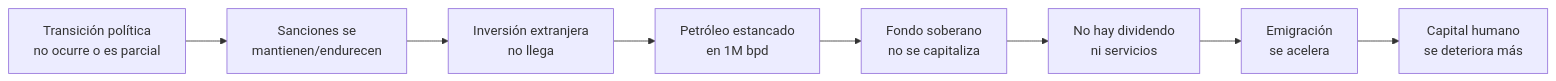
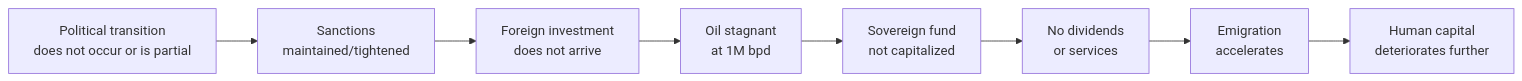
The second of 5 diagrams in i18n/en/docusaurus-plugin-content-docs/current/07-ejecucion/riesgos.md (Venezuela-S-A/venezuela-sa), drawn with Mermaid before and after one commit. The commit also changed other lines of this file and 127 other files, not shown here.

````diff
--- a/i18n/en/docusaurus-plugin-content-docs/current/07-ejecucion/riesgos.md
+++ b/i18n/en/docusaurus-plugin-content-docs/current/07-ejecucion/riesgos.md
@@ -139,10 +139,10 @@
 ```mermaid
 flowchart LR
-    A[Transición política<br>no ocurre o es parcial] --> B[Sanciones se<br>mantienen/endurecen]
-    B --> C[Inversión extranjera<br>no llega]
-    C --> D[Petróleo estancado<br>en 1M bpd]
-    D --> E[Fondo soberano<br>no se capitaliza]
-    E --> F[No hay dividendo<br>ni servicios]
-    F --> G[Emigración<br>se acelera]
-    G --> H[Capital humano<br>se deteriora más]
+    A[Political transition<br>does not occur or is partial] --> B[Sanctions<br>maintained/tightened]
+    B --> C[Foreign investment<br>does not arrive]
+    C --> D[Oil stagnant<br>at 1M bpd]
+    D --> E[Sovereign fund<br>not capitalized]
+    E --> F[No dividends<br>or services]
+    F --> G[Emigration<br>accelerates]
+    G --> H[Human capital<br>deteriorates further]
 ```
````
